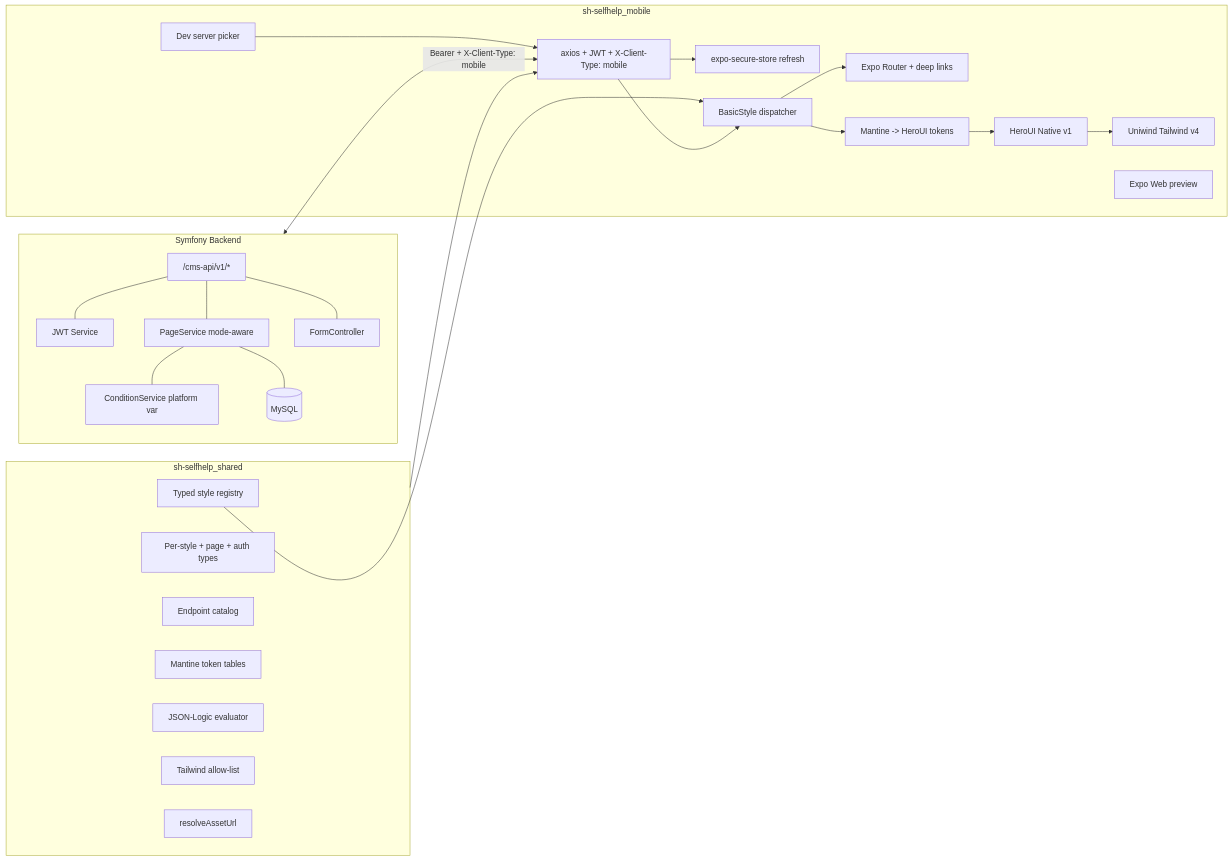
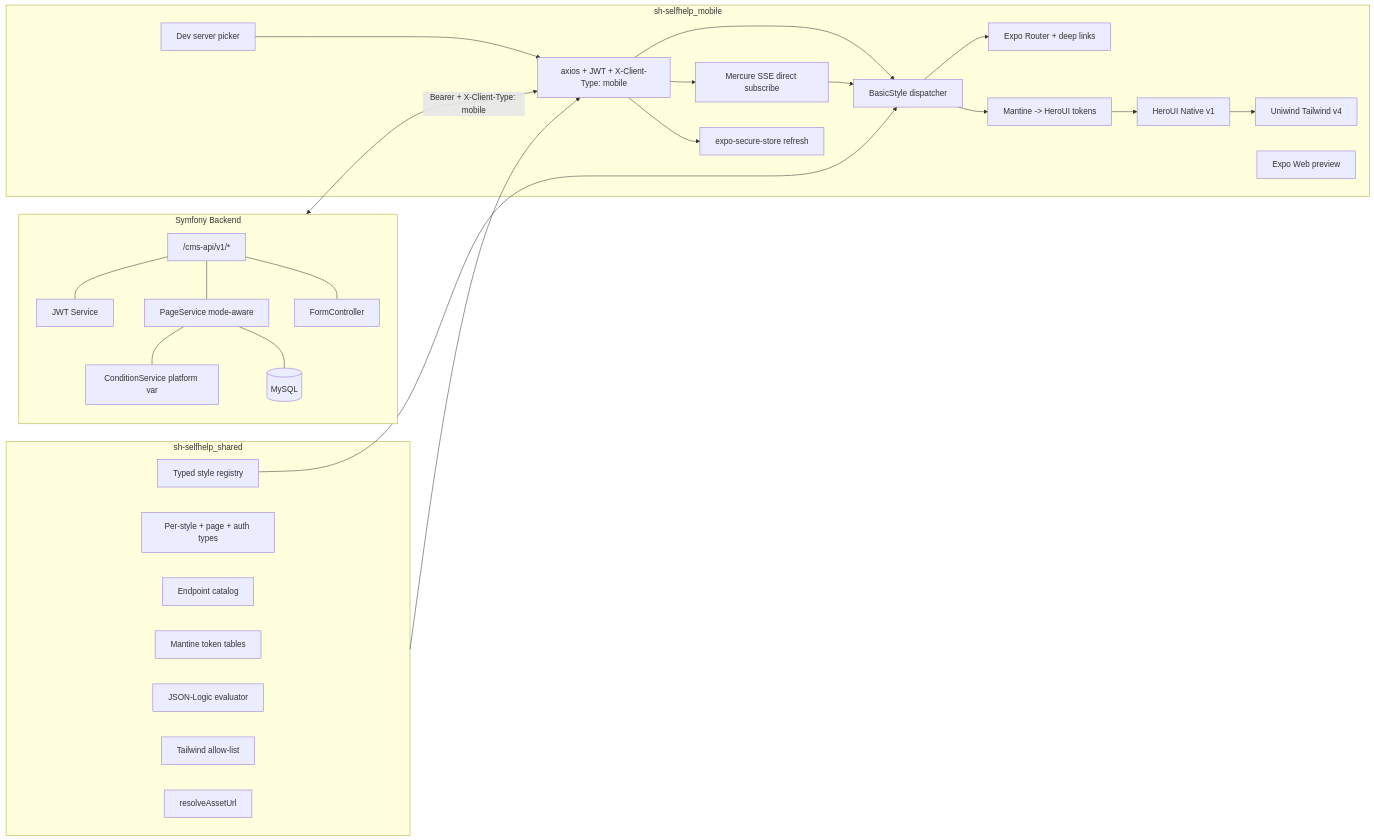
The first of 2 diagrams in docs/architecture.md (humdek-unibe-ch/sh-selfhelp_mobile), drawn with Mermaid before and after one commit. The commit also changed other lines of this file and 36 other files, not shown here.

````diff
--- a/docs/architecture.md
+++ b/docs/architecture.md
@@ -7,49 +7,52 @@
 ```mermaid
 flowchart LR
     subgraph backend [Symfony Backend]
         api["/cms-api/v1/*"]
         jwt[JWT Service]
         pages[PageService mode-aware]
         cond[ConditionService platform var]
         forms[FormController]
         db[(MySQL)]
         api --- jwt
         api --- pages
         api --- forms
         pages --- cond
         pages --- db
     end
 
     subgraph shared [sh-selfhelp_shared]
         sharedRegistry[Typed style registry]
         sharedTypes[Per-style + page + auth types]
         sharedApi[Endpoint catalog]
         sharedTokens[Mantine token tables]
         sharedCond[JSON-Logic evaluator]
         sharedAllow[Tailwind allow-list]
         sharedAssets[resolveAssetUrl]
     end
 
     subgraph mobile [sh-selfhelp_mobile]
         api_client[axios + JWT + X-Client-Type: mobile]
         secure[expo-secure-store refresh]
         picker[Dev server picker]
+        aclsse[Mercure SSE direct subscribe]
         router[Expo Router + deep links]
         renderer[BasicStyle dispatcher]
         themeMap[Mantine -> HeroUI tokens]
         uni[Uniwind Tailwind v4]
         heroui[HeroUI Native v1]
         previewWeb[Expo Web preview]
     end
 
     backend <-->|Bearer + X-Client-Type: mobile| api_client
     sharedRegistry --> renderer
     shared --> api_client
     api_client --> renderer
+    api_client --> aclsse
+    aclsse --> renderer
     renderer --> router
     renderer --> themeMap
     themeMap --> heroui
     heroui --> uni
     api_client --> secure
     picker --> api_client
 ```
````
